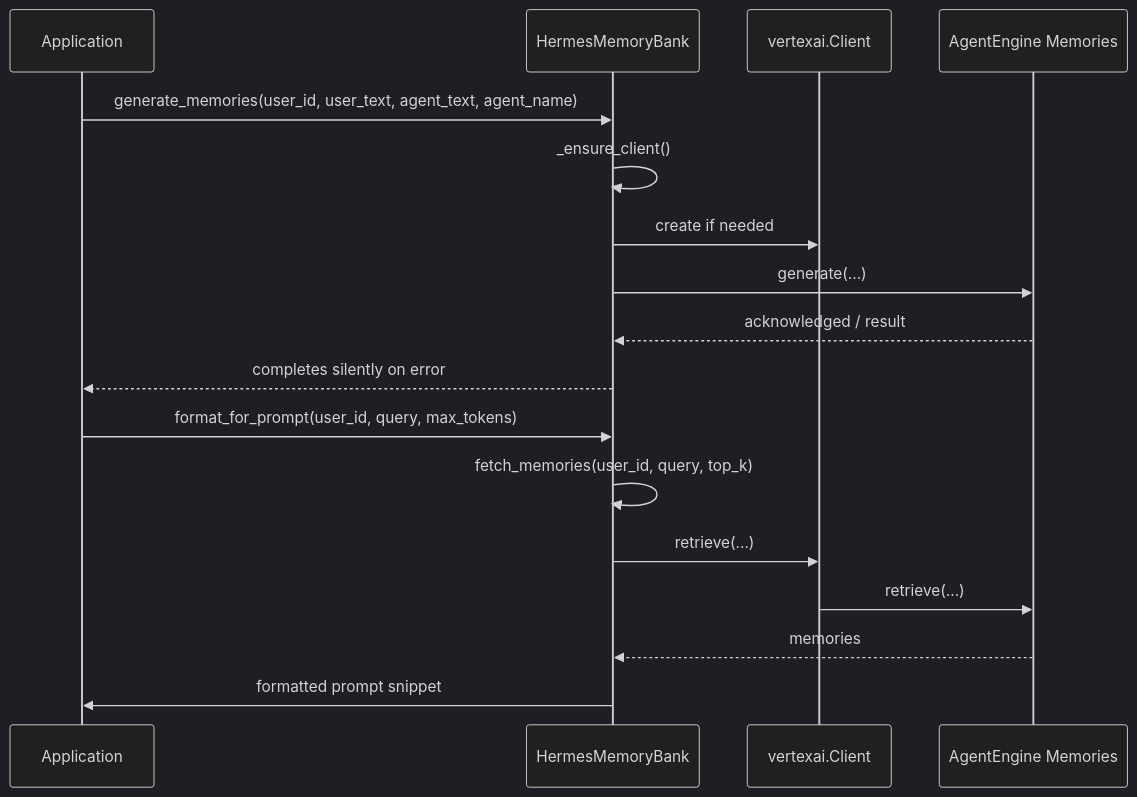
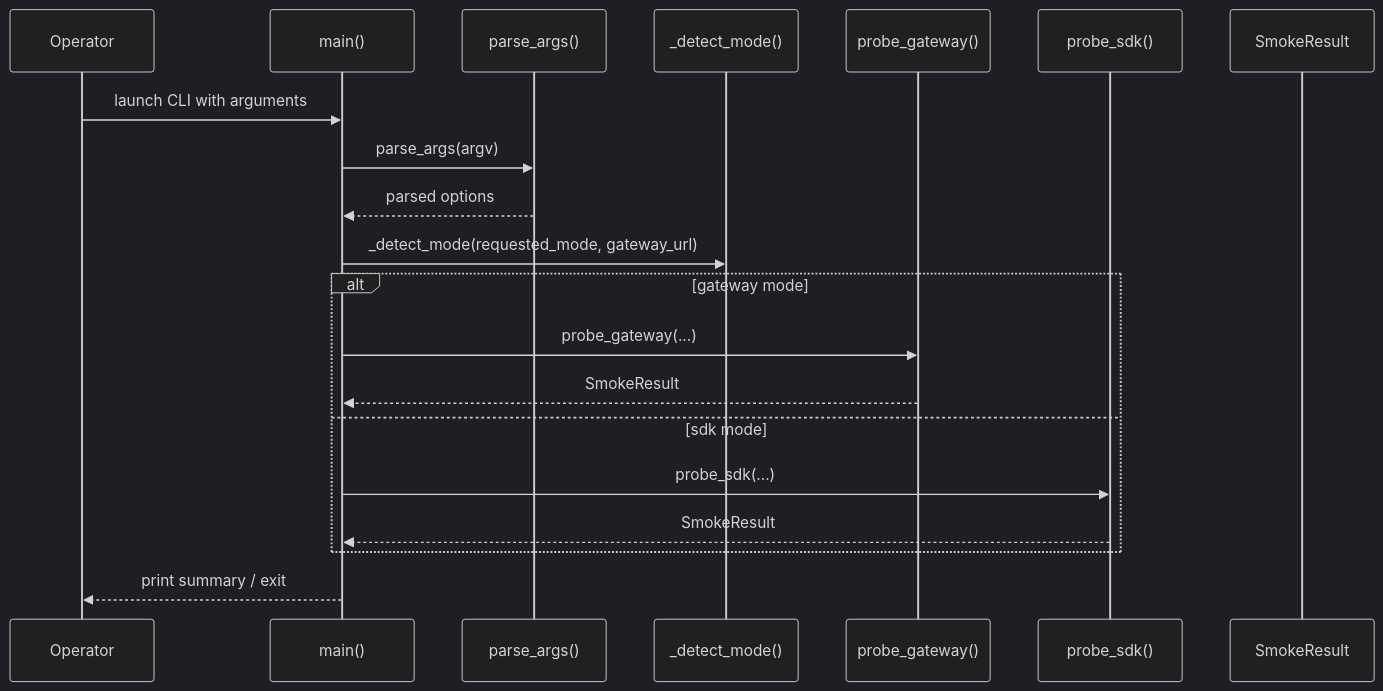
One commit to unrealandychan/gcp-hermes-agnet changed the second of 2 diagrams in .rekipedia/wiki/architecture.md. Above: the diagram before and after it, drawn with Mermaid (dark theme). The commit also changed other lines of this file and 16 other files, not shown here.

````diff
--- a/.rekipedia/wiki/architecture.md
+++ b/.rekipedia/wiki/architecture.md
@@ -111,21 +118,23 @@
 ```mermaid
 sequenceDiagram
-    participant App as Application
-    participant Bank as HermesMemoryBank
-    participant Client as vertexai.Client
-    participant Mem as AgentEngine Memories
+    participant User as Operator
+    participant Main as main()
+    participant Args as parse_args()
+    participant Mode as _detect_mode()
+    participant GW as probe_gateway()
+    participant SDK as probe_sdk()
+    participant Res as SmokeResult
 
-    App->>Bank: generate_memories(user_id, user_text, agent_text, agent_name)
-    Bank->>Bank: _ensure_client()
-    Bank->>Client: create if needed
-    Bank->>Mem: generate(...)
-    Mem-->>Bank: acknowledged / result
-    Bank-->>App: completes silently on error
-
-    App->>Bank: format_for_prompt(user_id, query, max_tokens)
-    Bank->>Bank: fetch_memories(user_id, query, top_k)
-    Bank->>Client: retrieve(...)
-    Client->>Mem: retrieve(...)
-    Mem-->>Bank: memories
-    Bank->>App: formatted prompt snippet
+    User->>Main: launch CLI with arguments
+    Main->>Args: parse_args(argv)
+    Args-->>Main: parsed options
+    Main->>Mode: _detect_mode(requested_mode, gateway_url)
+    alt gateway mode
+        Main->>GW: probe_gateway(...)
+        GW-->>Main: SmokeResult
+    else sdk mode
+        Main->>SDK: probe_sdk(...)
+        SDK-->>Main: SmokeResult
+    end
+    Main-->>User: print summary / exit
 ```
````
